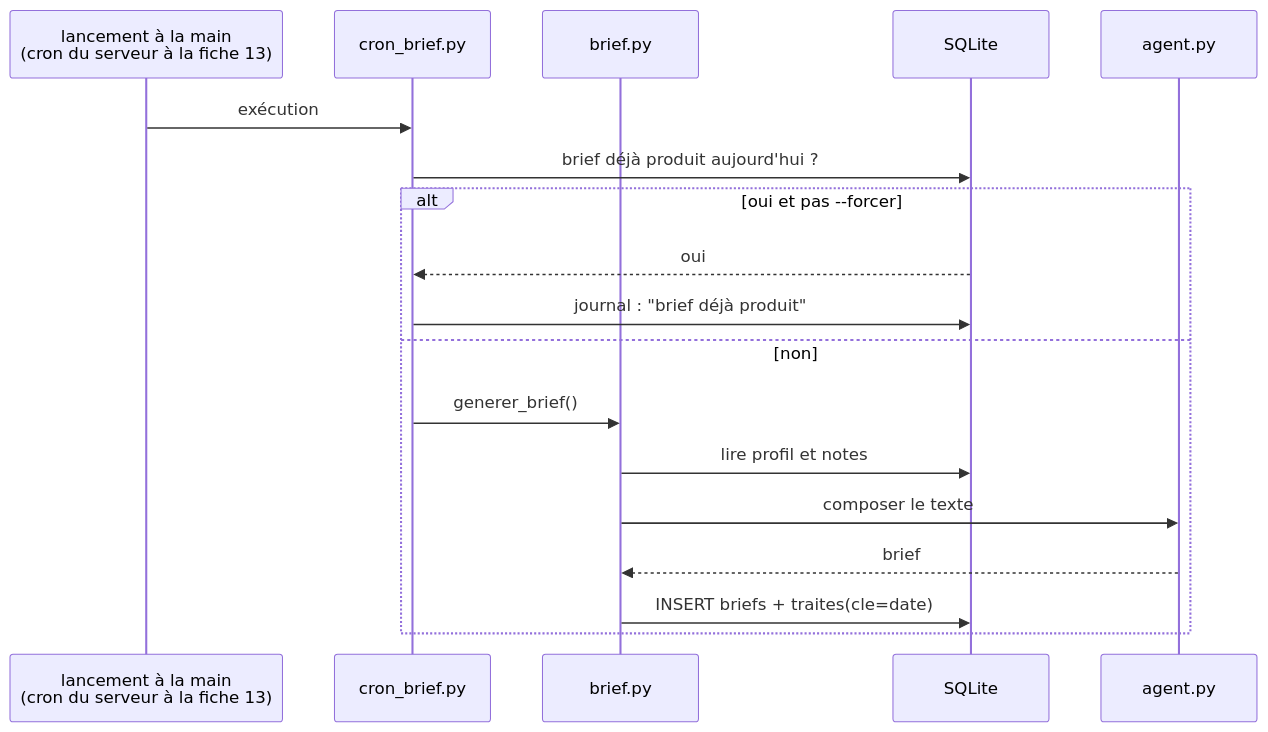
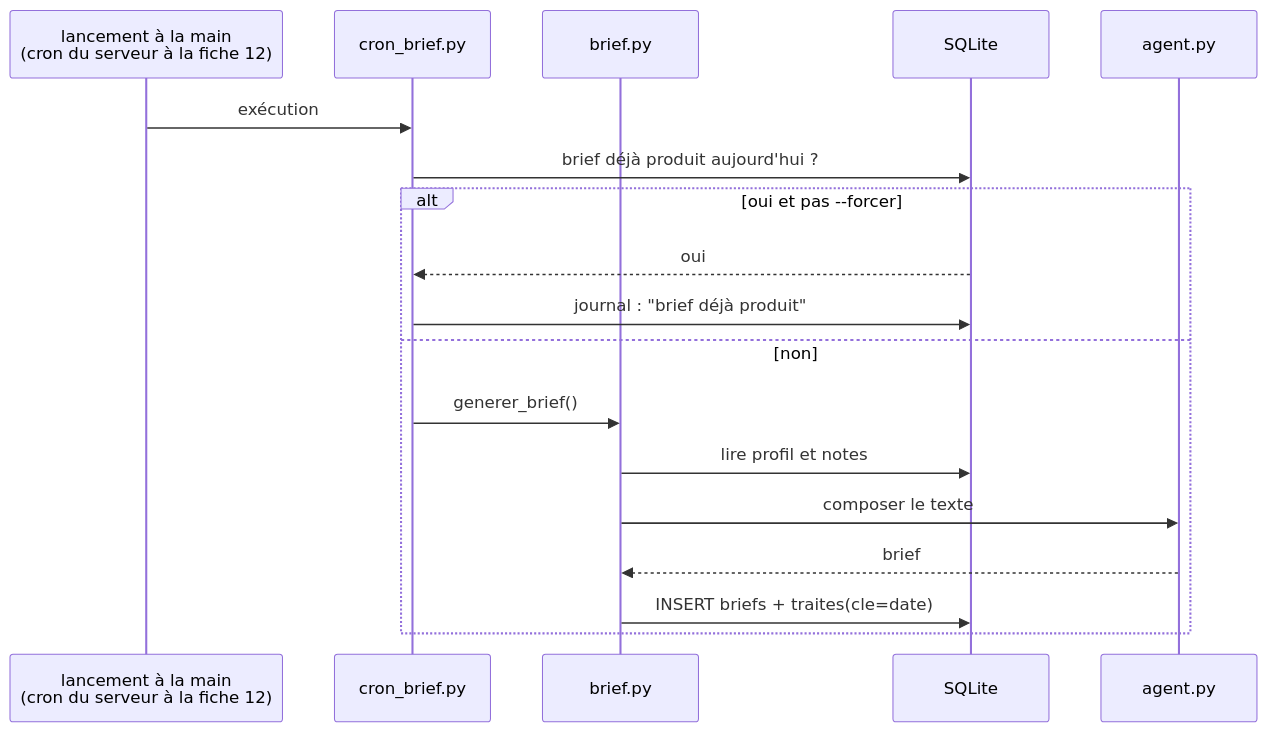
Before and after one commit to lecinquiemejour-code/goodvibe-tuto: diagram 20 of 37 in tuto-goodvibe-vibecoding.md, drawn with Mermaid. The commit also changed other lines of this file and 2 other files, not shown here.

````diff
--- a/tuto-goodvibe-vibecoding.md
+++ b/tuto-goodvibe-vibecoding.md
@@ -796,20 +789,20 @@
 ```mermaid
 sequenceDiagram
-    participant C as lancement à la main<br/>(cron du serveur à la fiche 13)
+    participant C as lancement à la main<br/>(cron du serveur à la fiche 12)
     participant S as cron_brief.py
     participant B as brief.py
     participant D as SQLite
     participant A as agent.py
     C->>S: exécution
     S->>D: brief déjà produit aujourd'hui ?
     alt oui et pas --forcer
         D-->>S: oui
         S->>D: journal : "brief déjà produit"
     else non
         S->>B: generer_brief()
         B->>D: lire profil et notes
         B->>A: composer le texte
         A-->>B: brief
         B->>D: INSERT briefs + traites(cle=date)
     end
 ```
````
